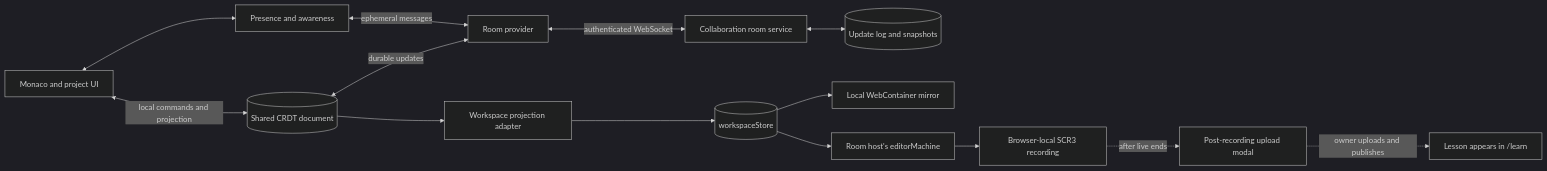
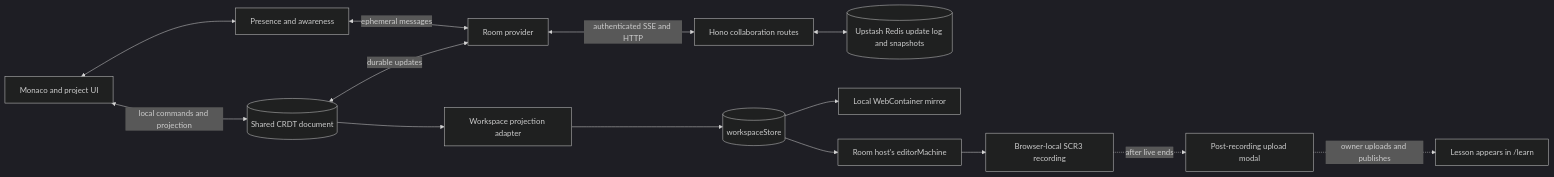
Before and after one commit to channyeintun/next-editor: the first of 2 diagrams in docs/live-collaboration.md, drawn with Mermaid (dark theme). The commit also changed other lines of this file and 23 other files, not shown here.

````diff
--- a/docs/live-collaboration.md
+++ b/docs/live-collaboration.md
@@ -82,18 +103,18 @@
 ```mermaid
 flowchart LR
     UI[Monaco and project UI] <-->|local commands and projection| Doc[(Shared CRDT document)]
     Doc <-->|durable updates| Provider[Room provider]
-    Provider <-->|authenticated WebSocket| Room[Collaboration room service]
-    Room <--> Persist[(Update log and snapshots)]
+    Provider <-->|authenticated SSE and HTTP| Room[Hono collaboration routes]
+    Room <--> Persist[(Upstash Redis update log and snapshots)]
 
     Awareness[Presence and awareness] <-->|ephemeral messages| Provider
     UI <--> Awareness
 
     Doc --> Adapter[Workspace projection adapter]
     Adapter --> Store[(workspaceStore)]
     Store --> Container[Local WebContainer mirror]
     Store --> Recorder[Room host's editorMachine]
     Recorder --> SCR3[Browser-local SCR3 recording]
     SCR3 -.->|after live ends| Modal[Post-recording upload modal]
     Modal -.->|owner uploads and publishes| Learn[Lesson appears in /learn]
 ```
````
